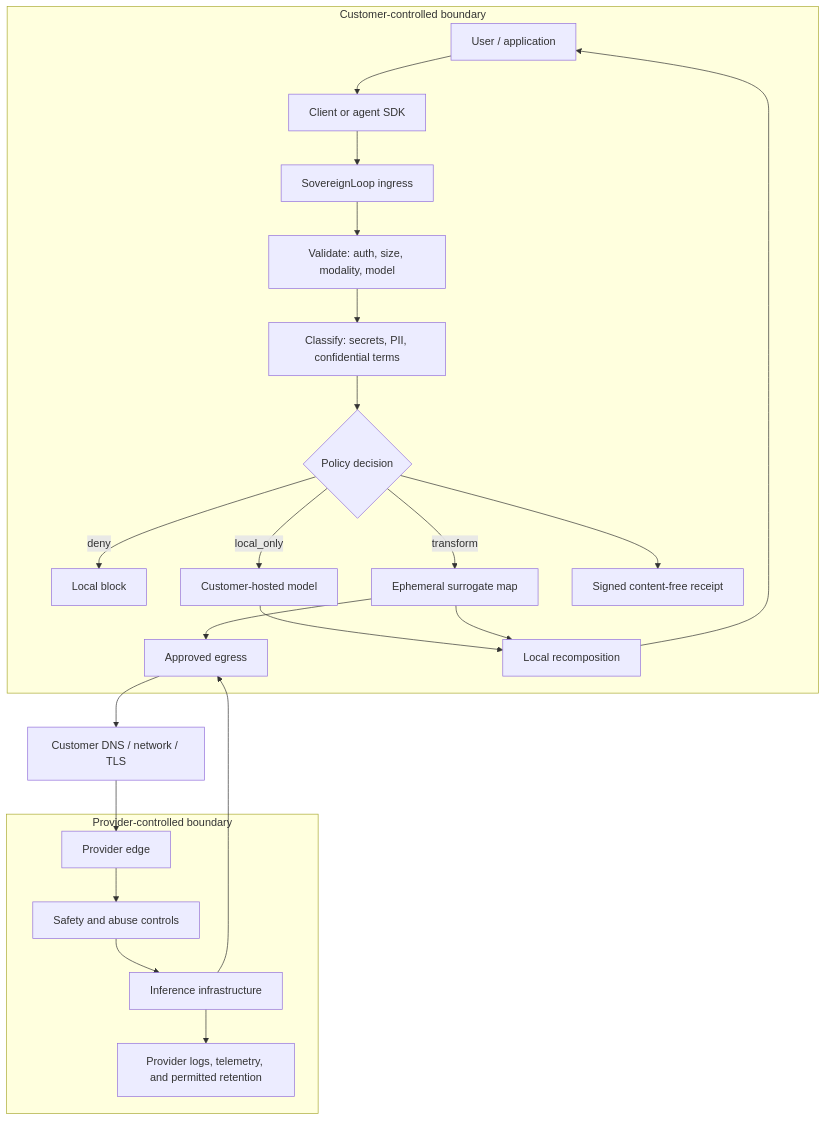
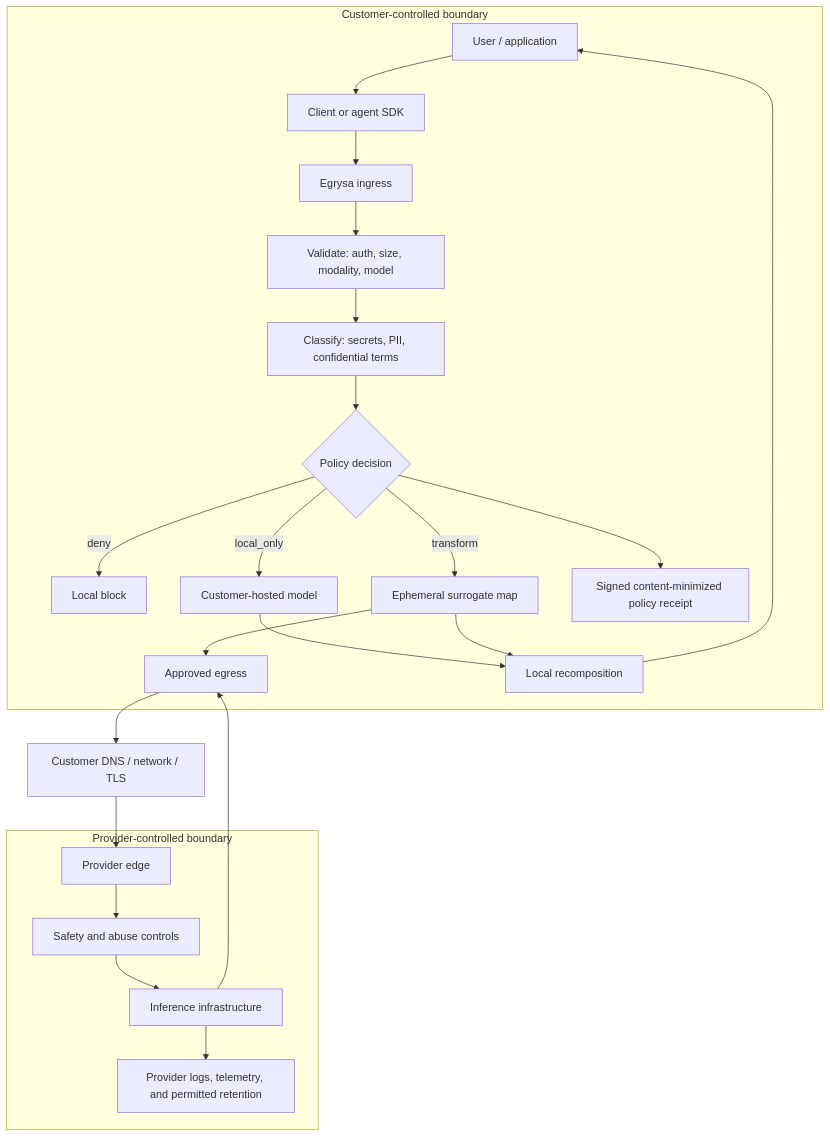
The diagram in docs/ARCHITECTURE.md (sundeep229211/egrysa), drawn with Mermaid before and after one commit. The commit also changed other lines of this file and 47 other files, not shown here.

````diff
--- a/docs/ARCHITECTURE.md
+++ b/docs/ARCHITECTURE.md
@@ -5,27 +5,27 @@
 ```mermaid
 flowchart TB
     subgraph Customer["Customer-controlled boundary"]
       U["User / application"] --> SDK["Client or agent SDK"]
-      SDK --> G["SovereignLoop ingress"]
+      SDK --> G["Egrysa ingress"]
       G --> V["Validate: auth, size, modality, model"]
       V --> C["Classify: secrets, PII, confidential terms"]
       C --> P{"Policy decision"}
       P -->|"deny"| B["Local block"]
       P -->|"local_only"| LM["Customer-hosted model"]
       P -->|"transform"| SV["Ephemeral surrogate map"]
       SV --> E["Approved egress"]
       LM --> RC["Local recomposition"]
       SV --> RC
       RC --> U
-      P --> PR["Signed content-free receipt"]
+      P --> PR["Signed content-minimized policy receipt"]
     end
 
     E --> DNS["Customer DNS / network / TLS"]
     DNS --> EDGE["Provider edge"]
     subgraph Provider["Provider-controlled boundary"]
       EDGE --> SAFE["Safety and abuse controls"]
       SAFE --> INF["Inference infrastructure"]
       INF --> RET["Provider logs, telemetry, and permitted retention"]
     end
     INF --> E
 ```
````
